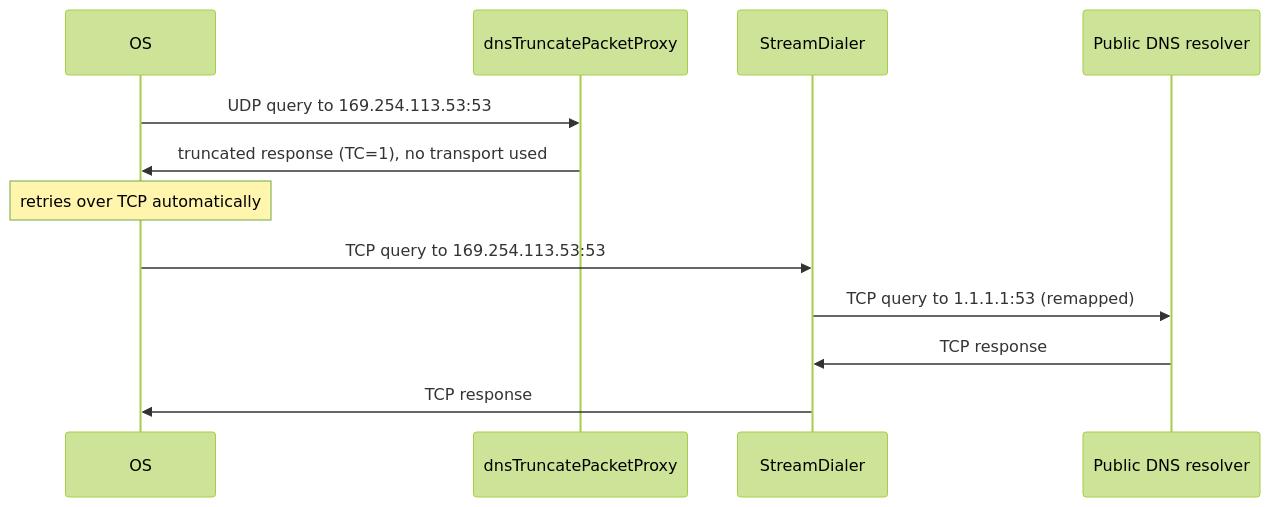
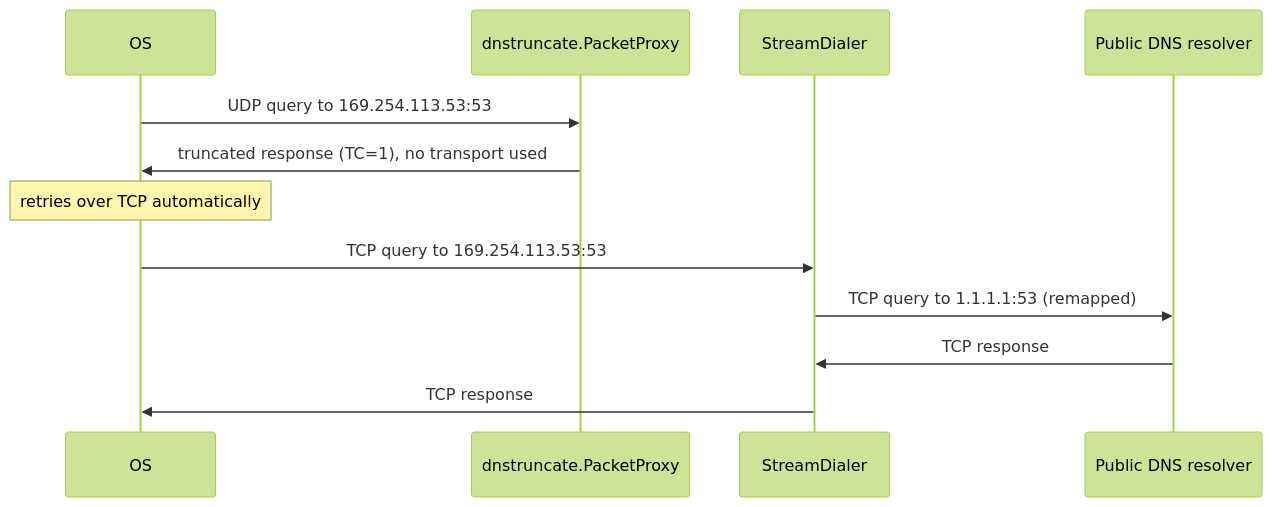
One commit to OutlineFoundation/outline-apps changed the fourth of 4 diagrams in client/go/outline/dnsintercept/README.md. Above: the diagram before and after it, drawn with Mermaid (forest theme). The commit also changed other lines of this file and 7 other files, not shown here.

````diff
--- a/client/go/outline/dnsintercept/README.md
+++ b/client/go/outline/dnsintercept/README.md
@@ -92,15 +118,15 @@
 ```mermaid
 sequenceDiagram
     participant OS
-    participant dnsTruncatePacketProxy
+    participant Trunc as dnstruncate.PacketProxy
     participant StreamDialer
     participant Resolver as Public DNS resolver
 
-    OS->>dnsTruncatePacketProxy: UDP query to 169.254.113.53:53
-    dnsTruncatePacketProxy->>OS: truncated response (TC=1), no transport used
+    OS->>Trunc: UDP query to 169.254.113.53:53
+    Trunc->>OS: truncated response (TC=1), no transport used
     Note over OS: retries over TCP automatically
     OS->>StreamDialer: TCP query to 169.254.113.53:53
     StreamDialer->>Resolver: TCP query to 1.1.1.1:53 (remapped)
     Resolver->>StreamDialer: TCP response
     StreamDialer->>OS: TCP response
 ```
````
